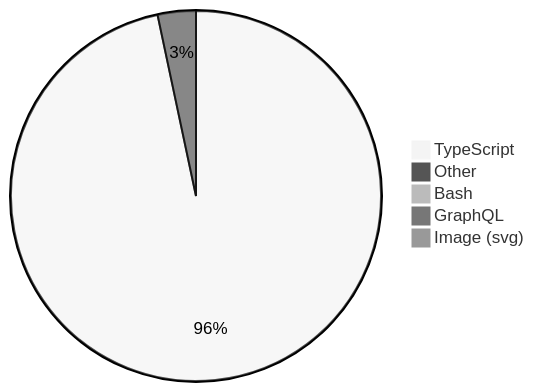
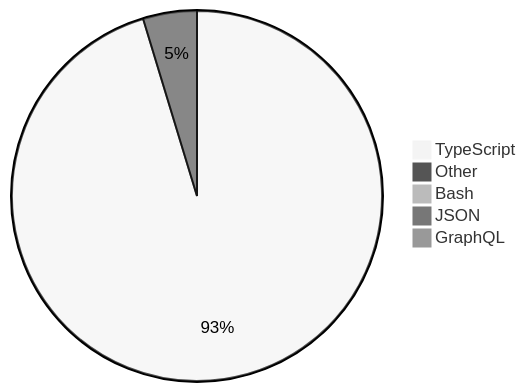
Before and after one commit to skvggor/skvggor: the diagram in README.md, drawn with Mermaid (neutral theme).

Commit message:
Updated waka-readme graph with new metrics

````diff
--- a/README.md
+++ b/README.md
@@ -16,8 +16,8 @@
 ```mermaid
 pie
-    "TypeScript" : 95.8
-    "Other" : 3.3
-    "Bash" : 0.6
+    "TypeScript" : 93.3
+    "Other" : 4.6
+    "Bash" : 0.9
+    "JSON" : 0.9
     "GraphQL" : 0.3
-    "Image (svg)" : 0.0
 ```
````
